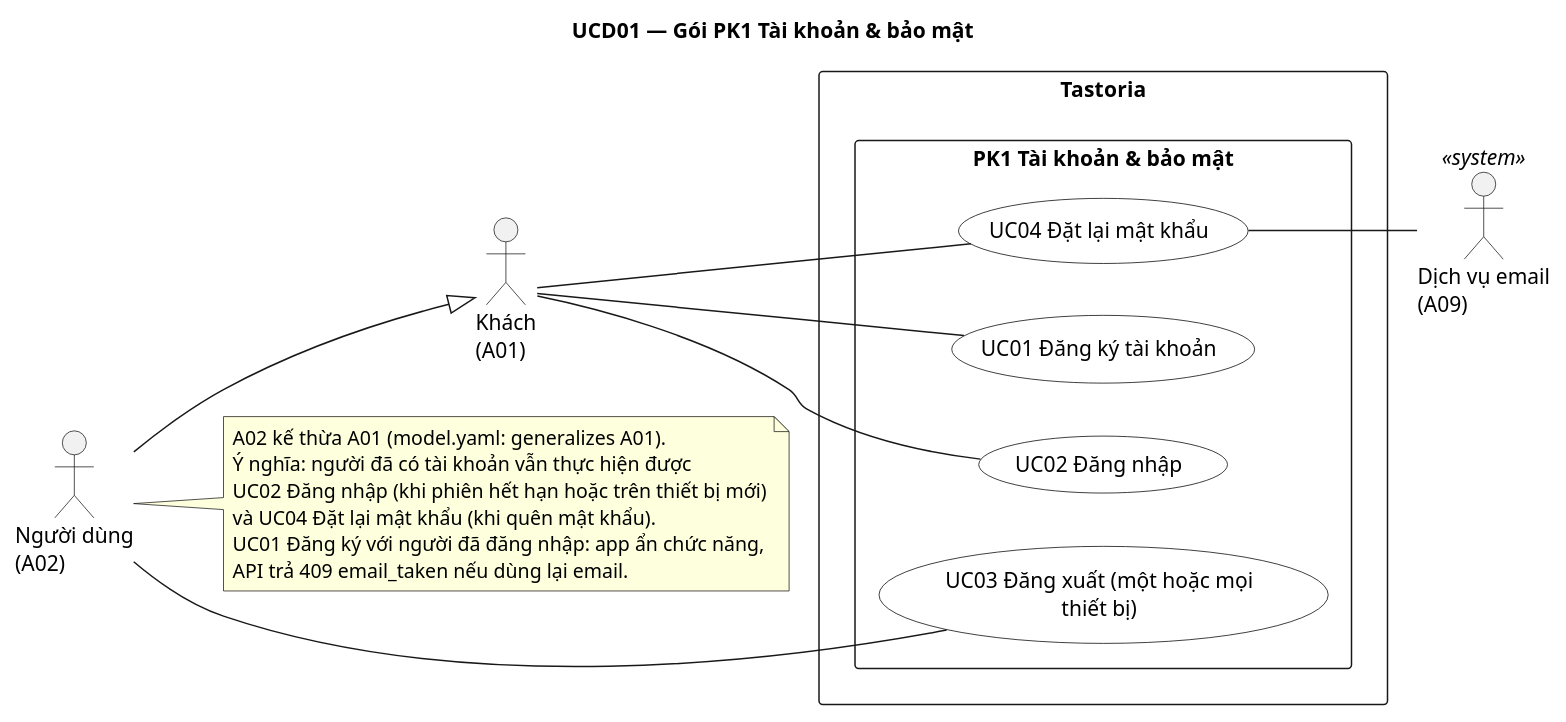
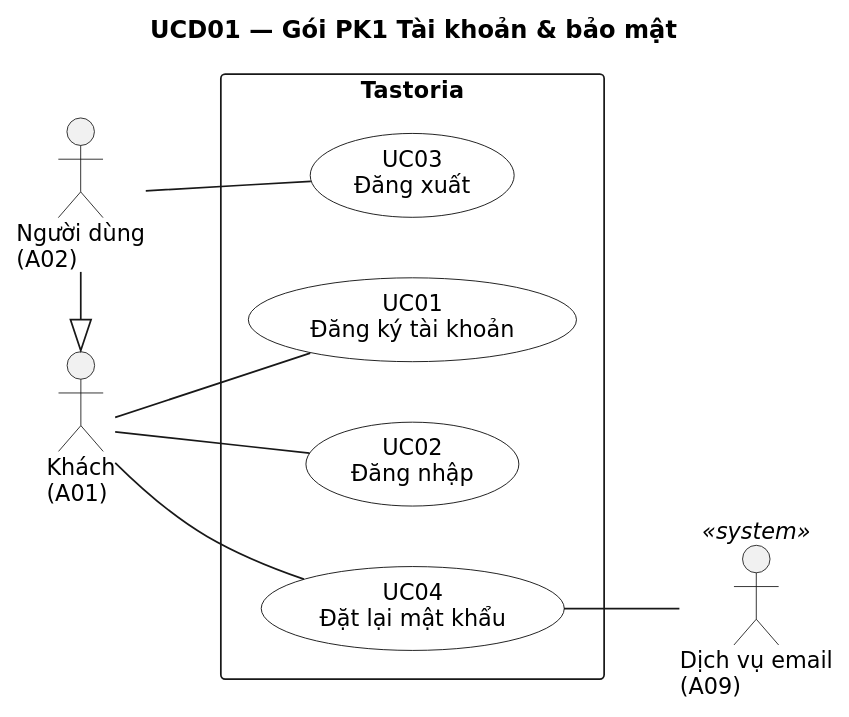
The diagram in docs/uml/usecase/UCD01-tai-khoan-bao-mat.puml (NamBuw/Tastoria), drawn with PlantUML before and after one commit. The commit also changed 484 other files, not shown here.

First line of the commit message:
docs: split UML and ERD diagrams into one-topic views from a single model

```diff
--- a/docs/uml/usecase/UCD01-tai-khoan-bao-mat.puml
+++ b/docs/uml/usecase/UCD01-tai-khoan-bao-mat.puml
@@ -1,41 +1,33 @@
 @startuml
 title UCD01 — Gói PK1 Tài khoản & bảo mật
-' Sinh từ docs/sad/model.yaml (actors, use_cases, rels). Không sửa tay mã định danh.
+' Sinh từ docs/sad/tools/diagrams/model.py — sửa ở đó rồi chạy gen_puml.py, không sửa tay.
+skinparam shadowing false
+skinparam defaultFontName DejaVu Sans
+skinparam defaultFontSize 13
+skinparam dpi 110
+
 left to right direction
 skinparam packageStyle rectangle
 skinparam actorStyle stick
 skinparam usecase {
   BackgroundColor White
   BorderColor Black
 }
 
 actor "Khách\n(A01)" as A01
 actor "Người dùng\n(A02)" as A02
+rectangle "Tastoria" {
+  usecase "UC01\nĐăng ký tài khoản" as UC01
+  usecase "UC02\nĐăng nhập" as UC02
+  usecase "UC03\nĐăng xuất" as UC03
+  usecase "UC04\nĐặt lại mật khẩu" as UC04
+}
 actor "Dịch vụ email\n(A09)" as A09 <<system>>
 
-A02 --|> A01
-note right of A02
-  A02 kế thừa A01 (model.yaml: generalizes A01).
-  Ý nghĩa: người đã có tài khoản vẫn thực hiện được
-  UC02 Đăng nhập (khi phiên hết hạn hoặc trên thiết bị mới)
-  và UC04 Đặt lại mật khẩu (khi quên mật khẩu).
-  UC01 Đăng ký với người đã đăng nhập: app ẩn chức năng,
-  API trả 409 email_taken nếu dùng lại email.
-end note
-
-rectangle "Tastoria" {
-  package "PK1 Tài khoản & bảo mật" as PK1 {
-    usecase "UC01 Đăng ký tài khoản" as UC01
-    usecase "UC02 Đăng nhập" as UC02
-    usecase "UC03 Đăng xuất (một hoặc mọi\nthiết bị)" as UC03
-    usecase "UC04 Đặt lại mật khẩu" as UC04
-  }
-}
-
+A02 -|> A01
 A01 -- UC01
 A01 -- UC02
 A02 -- UC03
 A01 -- UC04
 UC04 -- A09
-
 @enduml
```
